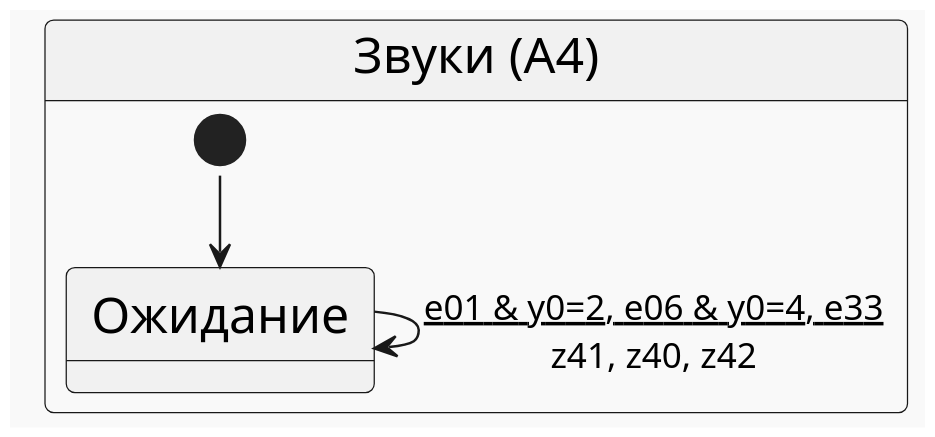
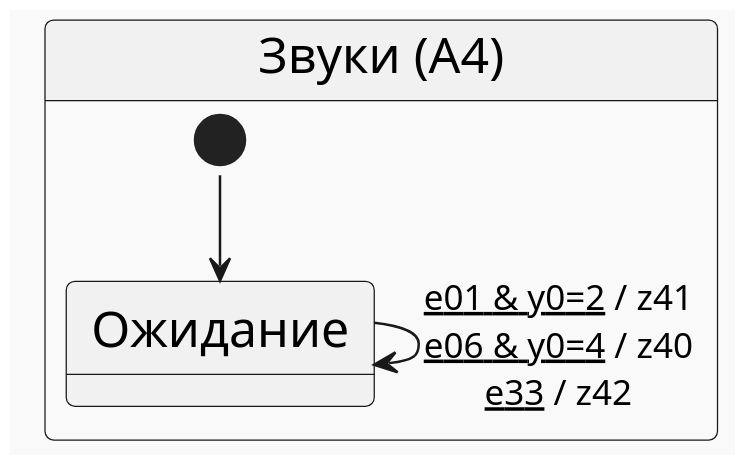
One commit to PhoenixNazarov/fsm-multiply changed the diagram in articles/multiply_many_nested/review/fig5_a4_loop.puml. Above: the diagram before and after it, drawn with PlantUML. The commit also changed 6 other files, not shown here.

First line of the commit message:
Round 2: redraw fig. 5 with one line per A4 transition

```diff
--- a/articles/multiply_many_nested/review/fig5_a4_loop.puml
+++ b/articles/multiply_many_nested/review/fig5_a4_loop.puml
@@ -1,12 +1,12 @@
 @startuml
 !pragma layout smetana
 !theme mars
 skinparam stateFontSize 20
 skinparam arrowFontSize 14
 skinparam dpi 240
 state "Звуки (A4)" as A4 {
     [*] --> A40
     state "Ожидание" as A40
-    A40 --> A40 : <u>e01 & y0=2, e06 & y0=4, e33</u>\nz41, z40, z42
+    A40 --> A40 : <u>e01 & y0=2</u> / z41\n<u>e06 & y0=4</u> / z40\n<u>e33</u> / z42
 }
 @enduml
```
